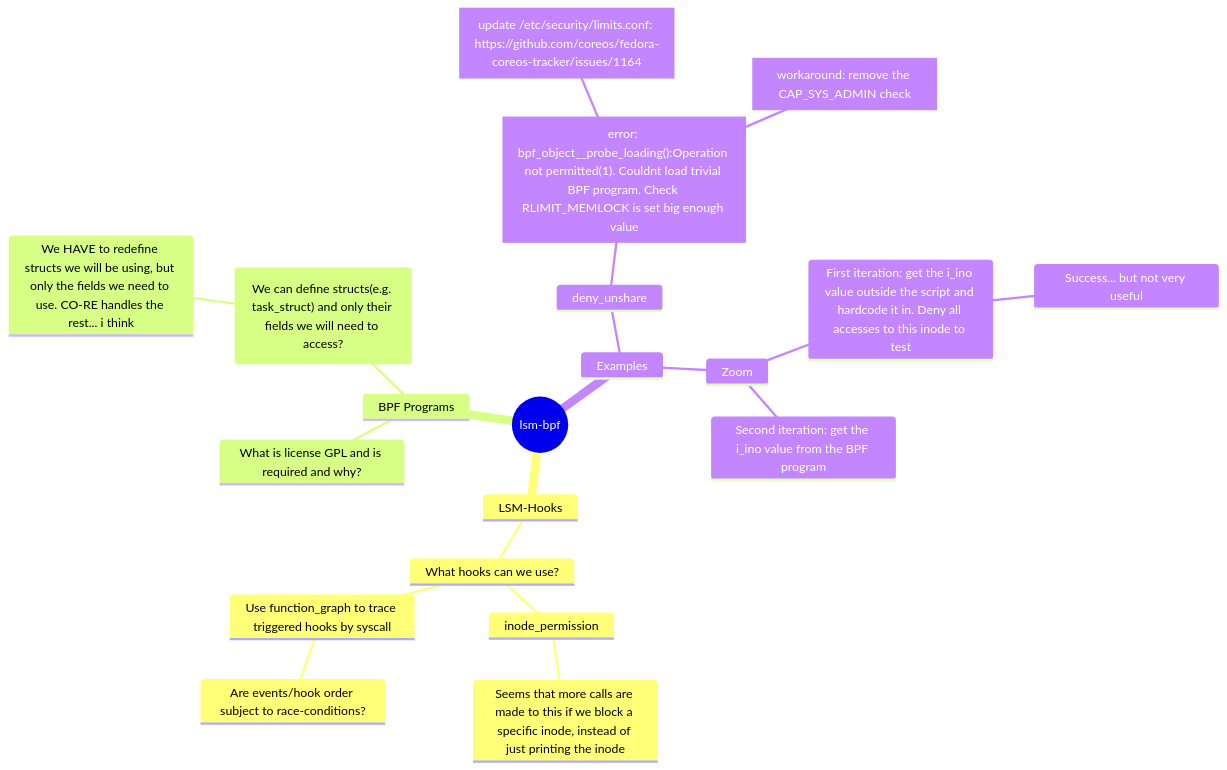
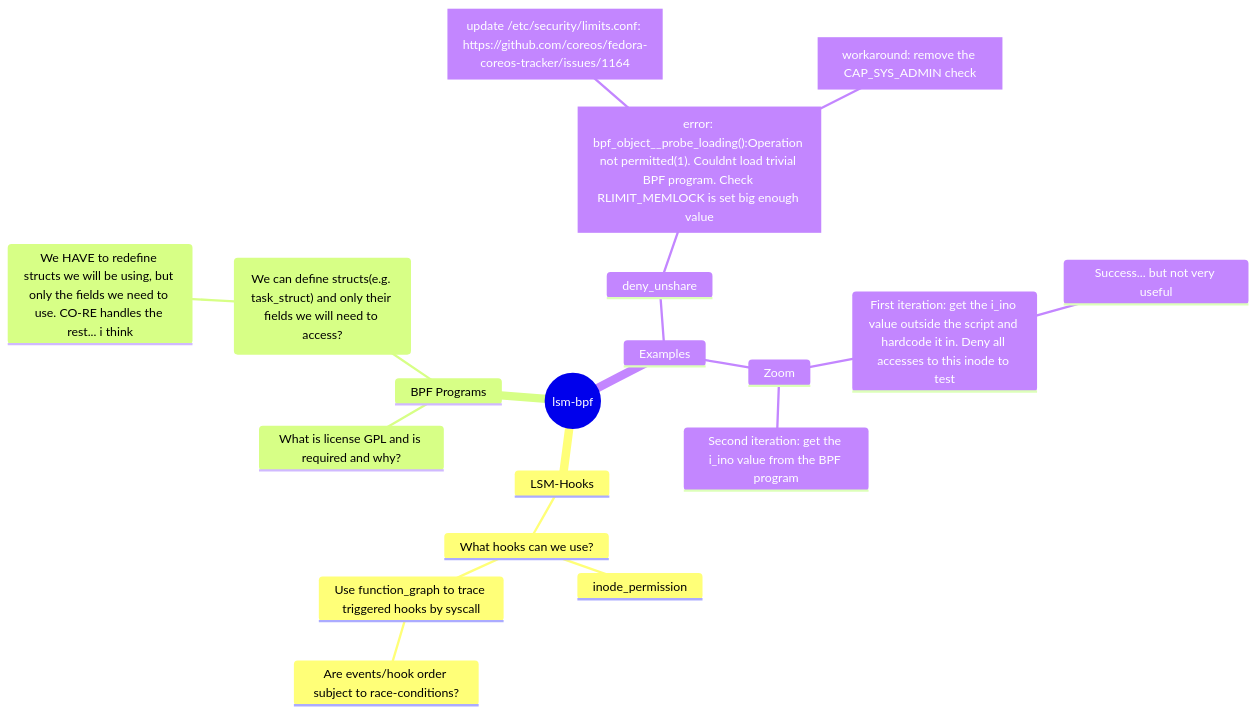
Before and after one commit to Turbodunker/lsm-bpf: the diagram in Questions:.md, drawn with Mermaid.

Commit message:
Updated Questions: (markdown)

````diff
--- a/Questions:.md
+++ b/Questions:.md
@@ -17,24 +17,24 @@
 ``` mermaid
     mindmap
         root((lsm-bpf))
             LSM-Hooks
                 What hooks can we use?
                     inode_permission
-                        Seems that more calls are made to this if we block a specific inode, instead of just printing the inode
+                       
                     Use function_graph to trace triggered hooks by syscall
                         Are events/hook order subject to race-conditions?
             BPF Programs
                 What is license GPL and is required and why?
                 ("We can define structs(e.g. task_struct) and only their fields we will need to access?")
                     We HAVE to redefine structs we will be using, but only the fields we need to use. CO-RE handles the rest... i think
             Examples
                 deny_unshare
                     id1["error: bpf_object__probe_loading():Operation not permitted(1). Couldnt load trivial BPF program. Check RLIMIT_MEMLOCK is set big enough value"]
                         id2["update /etc/security/limits.conf: https://github.com/coreos/fedora-coreos-tracker/issues/1164"]
                         workaround["workaround: remove the CAP_SYS_ADMIN check"]
                 Zoom
                     First iteration: get the i_ino value outside the script and hardcode it in. Deny all accesses to this inode to test
                         Success... but not very useful
                     Second iteration: get the i_ino value from the BPF program
 
 ```
````
